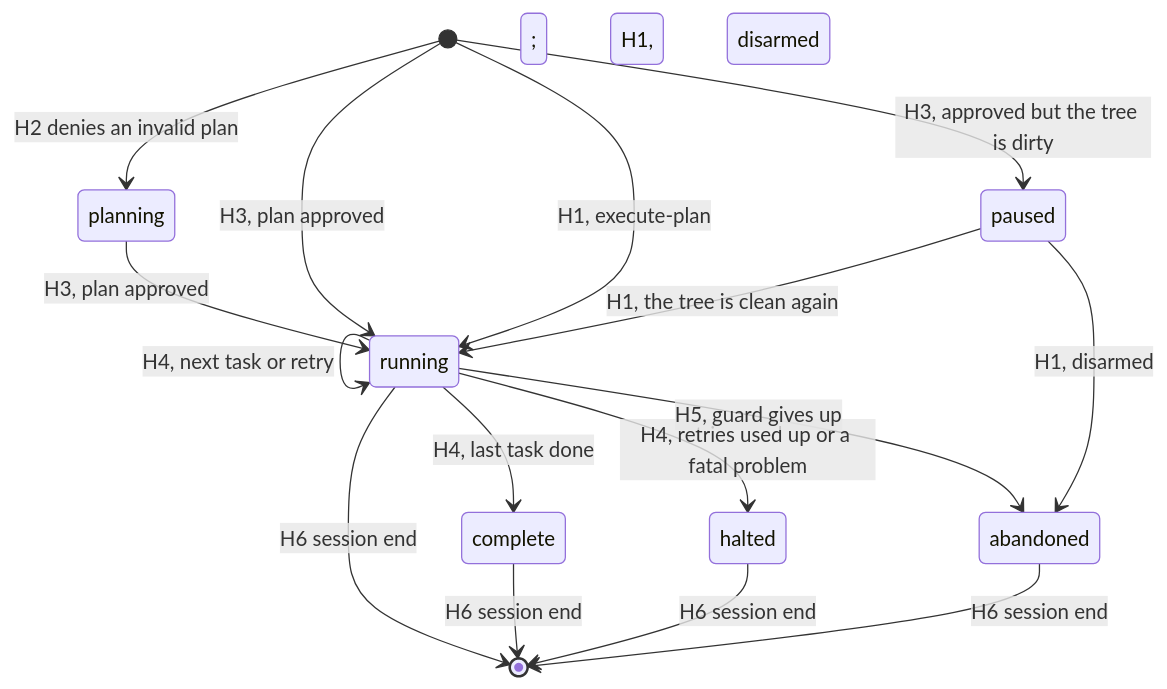
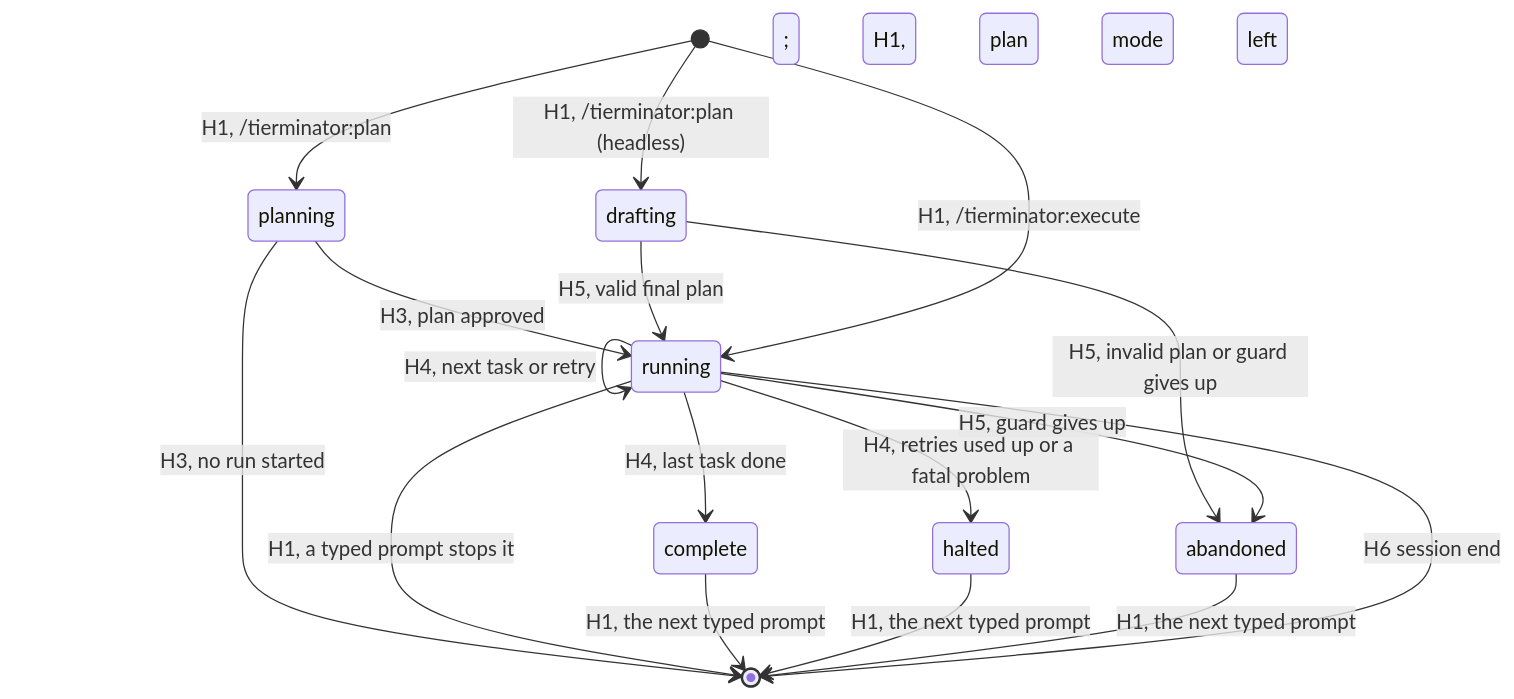
One commit to timschreiber/claude-plugins changed the second of 2 diagrams in docs/tierminator/tierminator-reference.md. Above: the diagram before and after it, drawn with Mermaid. The commit also changed other lines of this file and 5 other files, not shown here.

First line of the commit message:
Document tierminator's plan and execute commands

````diff
--- a/docs/tierminator/tierminator-reference.md
+++ b/docs/tierminator/tierminator-reference.md
@@ -926,18 +970,19 @@
 ```mermaid
 stateDiagram-v2
-    [*] --> planning: H2 denies an invalid plan
+    [*] --> planning: H1, /tierminator:plan
+    [*] --> drafting: H1, /tierminator:plan (headless)
     planning --> running: H3, plan approved
-    [*] --> running: H3, plan approved
-    [*] --> paused: H3, approved but the tree is dirty
-    [*] --> running: H1, execute-plan
-    paused --> running: H1, the tree is clean again
+    planning --> [*]: H3, no run started; H1, plan mode left
+    drafting --> running: H5, valid final plan
+    drafting --> abandoned: H5, invalid plan or guard gives up
+    [*] --> running: H1, /tierminator:execute
     running --> running: H4, next task or retry
     running --> complete: H4, last task done
     running --> halted: H4, retries used up or a fatal problem
-    running --> abandoned: H5, guard gives up; H1, disarmed
-    paused --> abandoned: H1, disarmed
+    running --> abandoned: H5, guard gives up
+    running --> [*]: H1, a typed prompt stops it
+    complete --> [*]: H1, the next typed prompt
+    halted --> [*]: H1, the next typed prompt
+    abandoned --> [*]: H1, the next typed prompt
     running --> [*]: H6 session end
-    complete --> [*]: H6 session end
-    halted --> [*]: H6 session end
-    abandoned --> [*]: H6 session end
 ```
````
